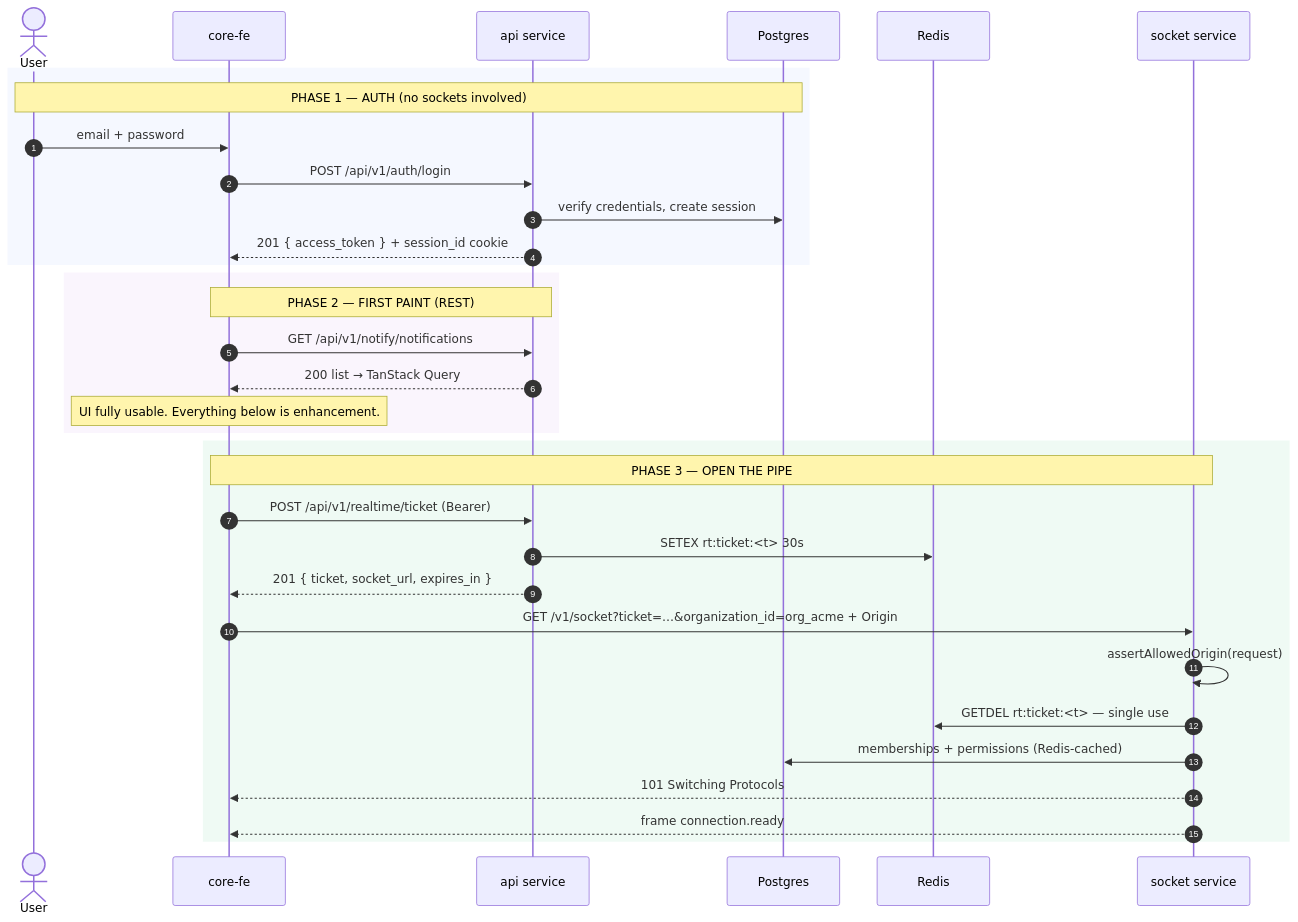
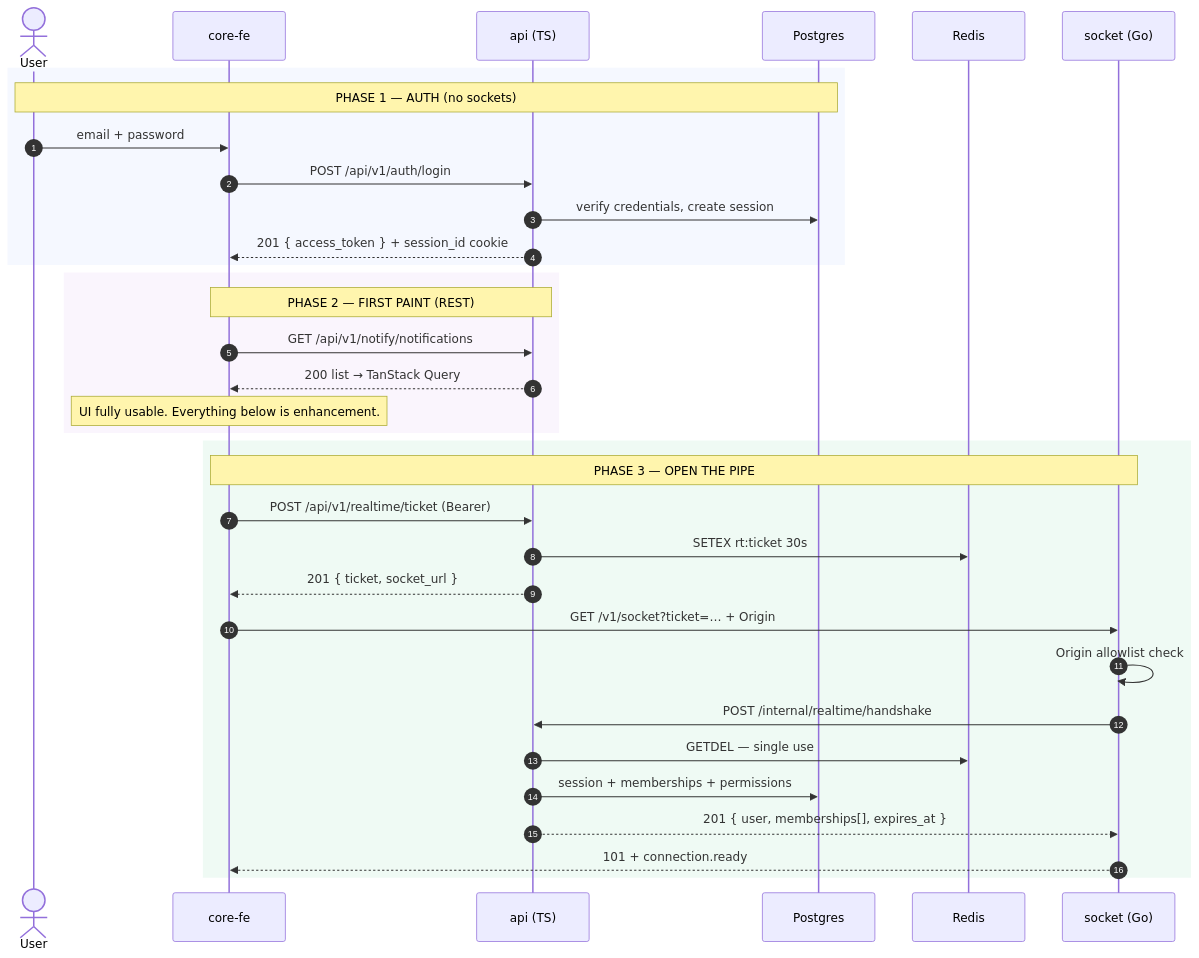
The third of 6 diagrams in docs/reference/architecture/realtime-in-core-be-plan.md (nikunjmavani/core-be), drawn with Mermaid before and after one commit. The commit also changed other lines of this file, not shown here.

First line of the commit message:
docs: rework the plan for a Go socket service inside the core-be repo

````diff
--- a/docs/reference/architecture/realtime-in-core-be-plan.md
+++ b/docs/reference/architecture/realtime-in-core-be-plan.md
@@ -321,38 +515,39 @@
 ```mermaid
 sequenceDiagram
   autonumber
   actor U as User
   participant FE as core-fe
-  participant API as api service
+  participant API as api (TS)
   participant PG as Postgres
   participant RD as Redis
-  participant SK as socket service
+  participant SK as socket (Go)
 
   rect rgba(122,162,255,0.08)
-    Note over U,PG: PHASE 1 — AUTH (no sockets involved)
+    Note over U,PG: PHASE 1 — AUTH (no sockets)
     U->>FE: email + password
     FE->>API: POST /api/v1/auth/login
     API->>PG: verify credentials, create session
     API-->>FE: 201 { access_token } + session_id cookie
   end
 
   rect rgba(199,146,234,0.09)
     Note over FE,API: PHASE 2 — FIRST PAINT (REST)
     FE->>API: GET /api/v1/notify/notifications
     API-->>FE: 200 list → TanStack Query
     Note over FE: UI fully usable. Everything below is enhancement.
   end
 
   rect rgba(76,195,138,0.09)
     Note over FE,SK: PHASE 3 — OPEN THE PIPE
     FE->>API: POST /api/v1/realtime/ticket (Bearer)
-    API->>RD: SETEX rt:ticket:<t> 30s
-    API-->>FE: 201 { ticket, socket_url, expires_in }
-    FE->>SK: GET /v1/socket?ticket=…&organization_id=org_acme + Origin
-    SK->>SK: assertAllowedOrigin(request)
-    SK->>RD: GETDEL rt:ticket:<t> — single use
-    SK->>PG: memberships + permissions (Redis-cached)
-    SK-->>FE: 101 Switching Protocols
-    SK-->>FE: frame connection.ready
+    API->>RD: SETEX rt:ticket 30s
+    API-->>FE: 201 { ticket, socket_url }
+    FE->>SK: GET /v1/socket?ticket=… + Origin
+    SK->>SK: Origin allowlist check
+    SK->>API: POST /internal/realtime/handshake
+    API->>RD: GETDEL — single use
+    API->>PG: session + memberships + permissions
+    API-->>SK: 201 { user, memberships[], expires_at }
+    SK-->>FE: 101 + connection.ready
   end
 ```
````
